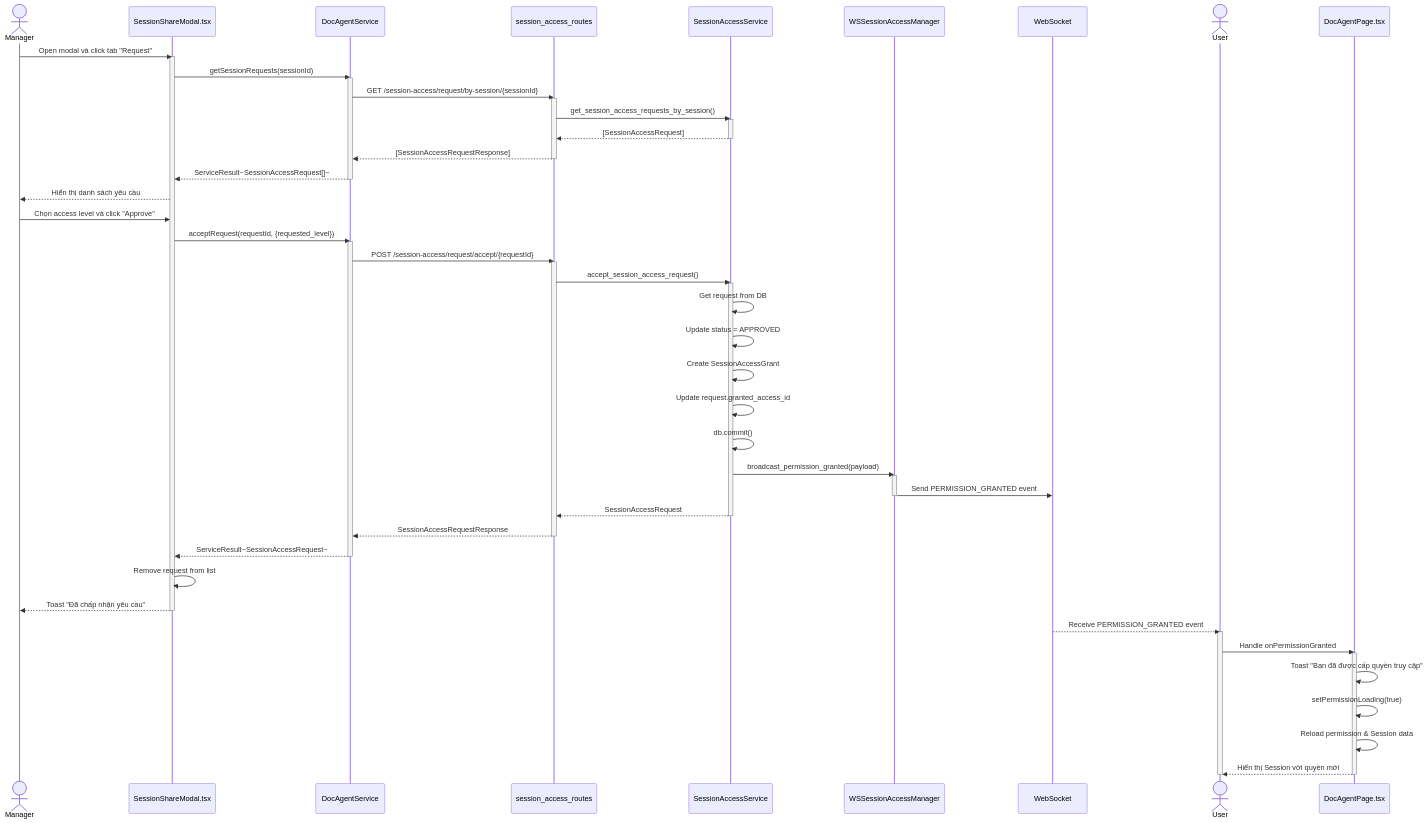
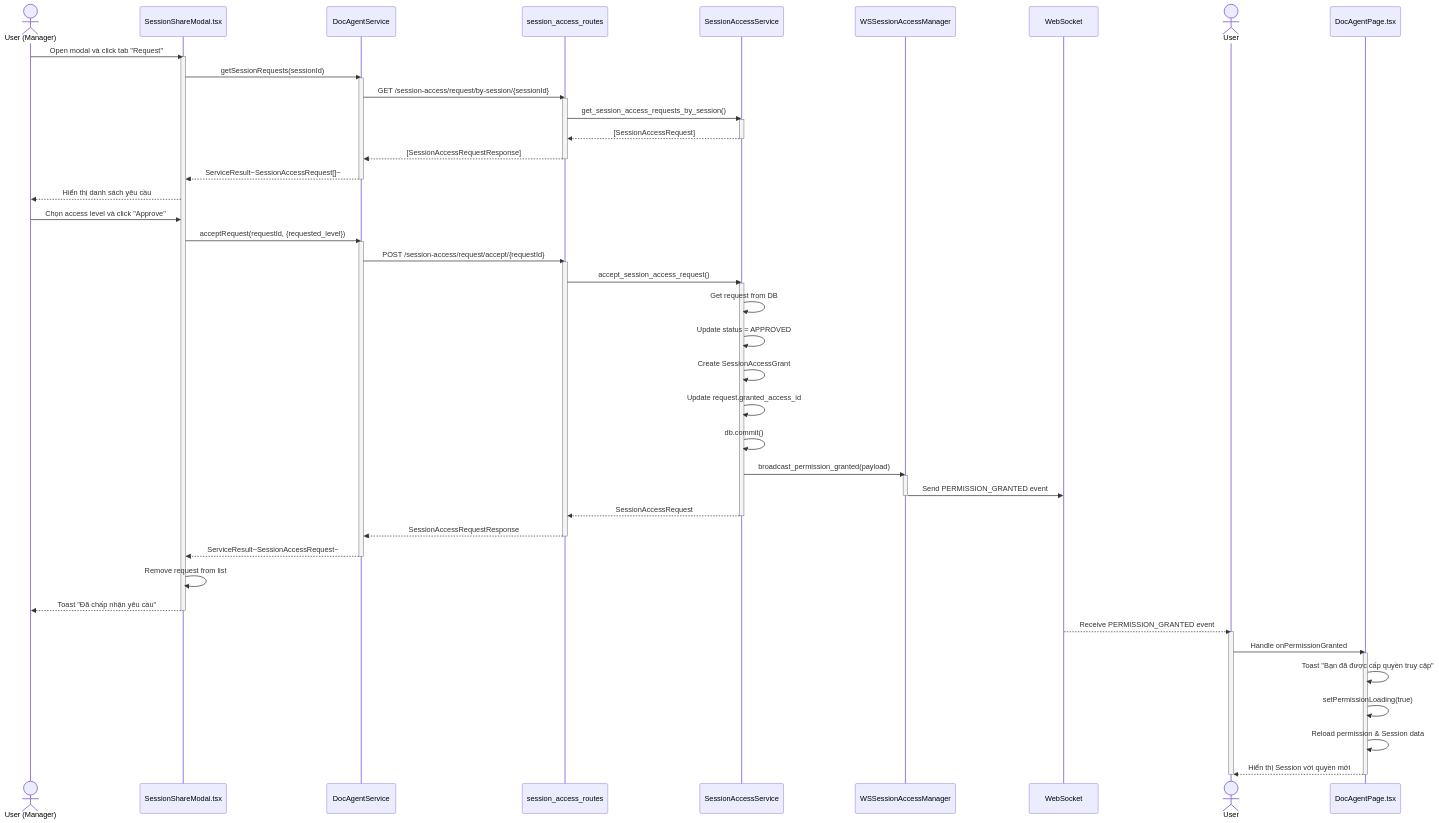
One commit to mduc-2610/gp_doc changed the fifth of 9 diagrams in session_access/4_session_access_seq.md. Above: the diagram before and after it, drawn with Mermaid. The commit also changed other lines of this file and 10 other files, not shown here.

Commit message:
update geneartion, session_access, document style to match

````diff
--- a/session_access/4_session_access_seq.md
+++ b/session_access/4_session_access_seq.md
@@ -271,72 +291,72 @@
 ```mermaid
 sequenceDiagram
-    actor Manager
+    actor ManagerUser as User (Manager)
     participant ShareModal as SessionShareModal.tsx
     participant DocAgentService as DocAgentService
     participant SessionAccessRoutes as session_access_routes
     participant SessionAccessService as SessionAccessService
     participant WSManager as WSSessionAccessManager
     participant WebSocket as WebSocket
-    actor User
+    actor RequestUser as User
     participant DocAgentPage as DocAgentPage.tsx
 
-    Manager->>ShareModal: Open modal và click tab "Request"
+    ManagerUser->>ShareModal: Open modal và click tab "Request"
     activate ShareModal
     
     ShareModal->>DocAgentService: getSessionRequests(sessionId)
     activate DocAgentService
     DocAgentService->>SessionAccessRoutes: GET /session-access/request/by-session/{sessionId}
     activate SessionAccessRoutes
     SessionAccessRoutes->>SessionAccessService: get_session_access_requests_by_session()
     activate SessionAccessService
     SessionAccessService-->>SessionAccessRoutes: [SessionAccessRequest]
     deactivate SessionAccessService
     SessionAccessRoutes-->>DocAgentService: [SessionAccessRequestResponse]
     deactivate SessionAccessRoutes
     DocAgentService-->>ShareModal: ServiceResult~SessionAccessRequest[]~
     deactivate DocAgentService
     
-    ShareModal-->>Manager: Hiển thị danh sách yêu cầu
+    ShareModal-->>ManagerUser: Hiển thị danh sách yêu cầu
     
-    Manager->>ShareModal: Chọn access level và click "Approve"
+    ManagerUser->>ShareModal: Chọn access level và click "Approve"
     
     ShareModal->>DocAgentService: acceptRequest(requestId, {requested_level})
     activate DocAgentService
     DocAgentService->>SessionAccessRoutes: POST /session-access/request/accept/{requestId}
     activate SessionAccessRoutes
     SessionAccessRoutes->>SessionAccessService: accept_session_access_request()
     activate SessionAccessService
     
     SessionAccessService->>SessionAccessService: Get request from DB
     SessionAccessService->>SessionAccessService: Update status = APPROVED
     SessionAccessService->>SessionAccessService: Create SessionAccessGrant
     SessionAccessService->>SessionAccessService: Update request.granted_access_id
     SessionAccessService->>SessionAccessService: db.commit()
     
     SessionAccessService->>WSManager: broadcast_permission_granted(payload)
     activate WSManager
     WSManager->>WebSocket: Send PERMISSION_GRANTED event
     deactivate WSManager
     
     SessionAccessService-->>SessionAccessRoutes: SessionAccessRequest
     deactivate SessionAccessService
     SessionAccessRoutes-->>DocAgentService: SessionAccessRequestResponse
     deactivate SessionAccessRoutes
     DocAgentService-->>ShareModal: ServiceResult~SessionAccessRequest~
     deactivate DocAgentService
     
     ShareModal->>ShareModal: Remove request from list
-    ShareModal-->>Manager: Toast "Đã chấp nhận yêu cầu"
+    ShareModal-->>ManagerUser: Toast "Đã chấp nhận yêu cầu"
     deactivate ShareModal
     
-    WebSocket-->>User: Receive PERMISSION_GRANTED event
-    activate User
-    User->>DocAgentPage: Handle onPermissionGranted
+    WebSocket-->>RequestUser: Receive PERMISSION_GRANTED event
+    activate RequestUser
+    RequestUser->>DocAgentPage: Handle onPermissionGranted
     activate DocAgentPage
     DocAgentPage->>DocAgentPage: Toast "Bạn đã được cấp quyền truy cập"
     DocAgentPage->>DocAgentPage: setPermissionLoading(true)
     DocAgentPage->>DocAgentPage: Reload permission & Session data
-    DocAgentPage-->>User: Hiển thị Session với quyền mới
+    DocAgentPage-->>RequestUser: Hiển thị Session với quyền mới
     deactivate DocAgentPage
-    deactivate User
+    deactivate RequestUser
 ```
````
